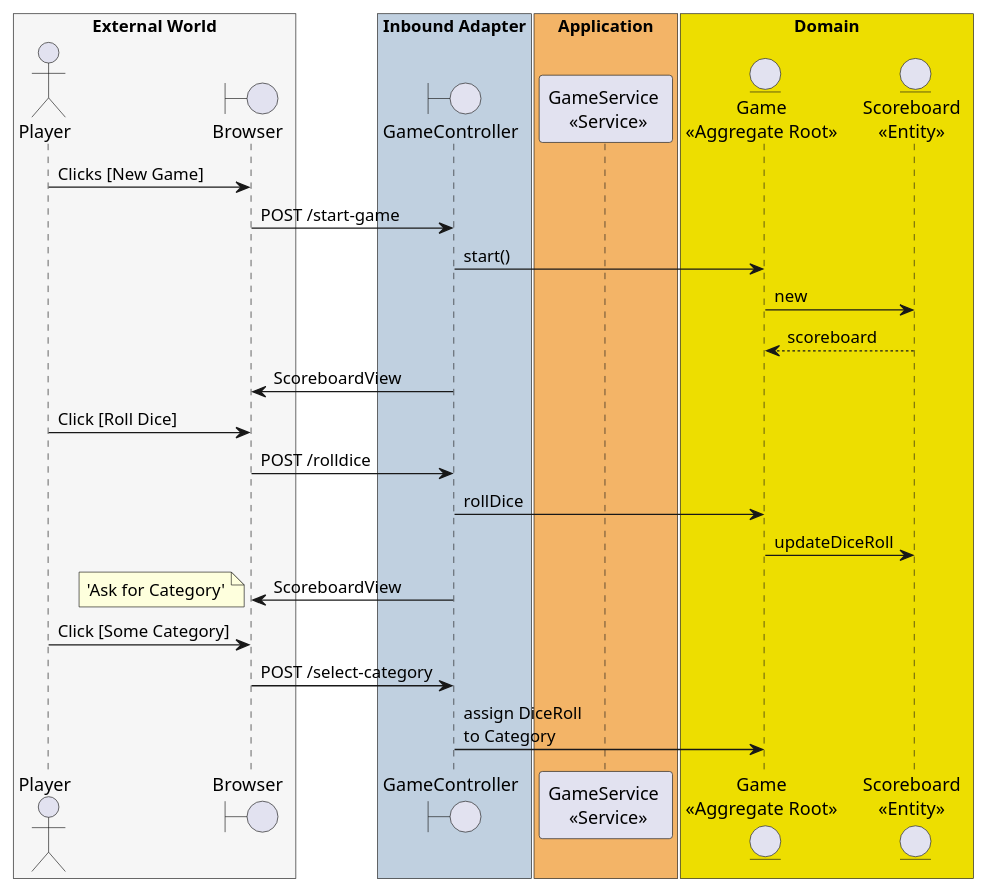
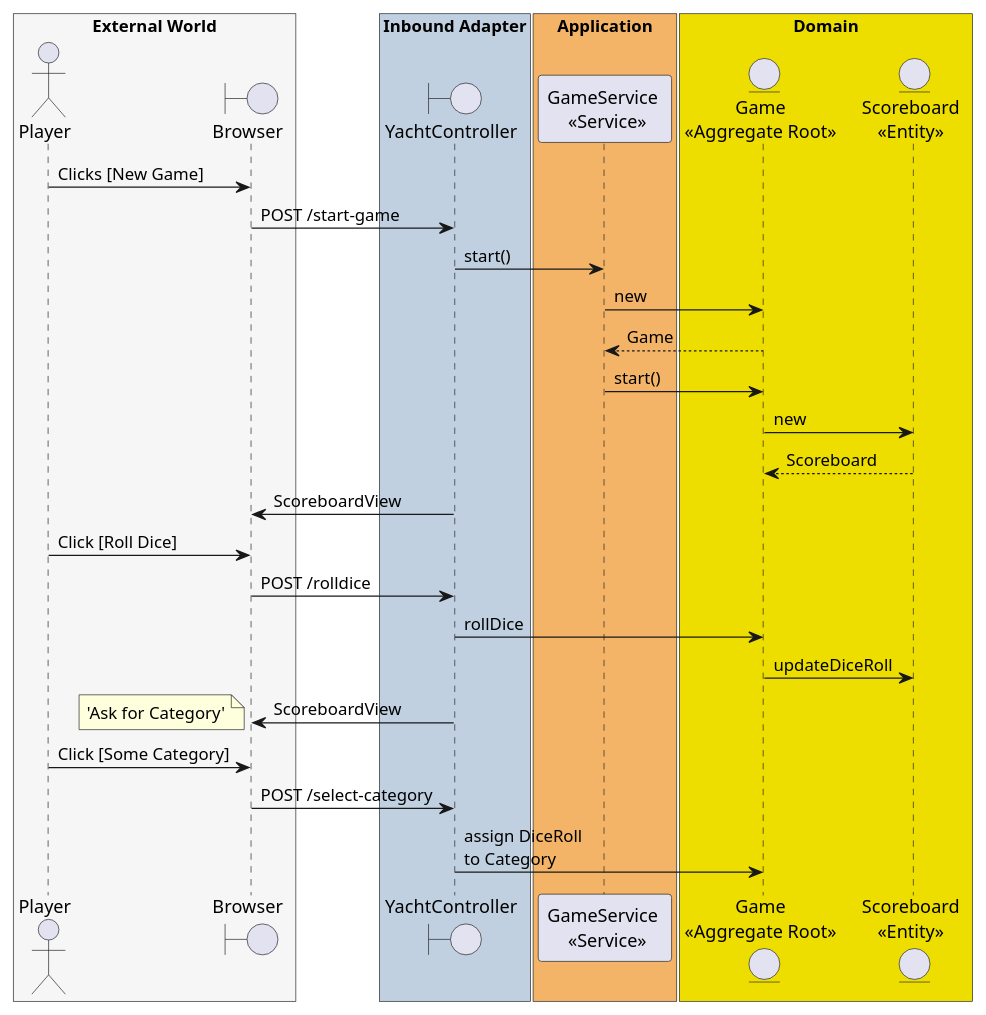
The diagram in GameFlow.plantuml (jitterted/yacht-tdd), drawn with PlantUML before and after one commit. The commit also changed 2 other files, not shown here.

Commit message:
R: VueController tests also use GameService instead of Game

```diff
--- a/GameFlow.plantuml
+++ b/GameFlow.plantuml
@@ -1,37 +1,40 @@
 @startuml
 
 box "External World" #f6f6f6
-    actor Player
-    boundary Browser
+    actor Player as player
+    boundary Browser as browser
 end box
 
 box "Inbound Adapter" #c0d0e0
-    boundary GameController
+    boundary YachtController as controller
 end box
 
 box "Application" #F3B467
     participant "GameService \n <<Service>>" as service
 end box
 
 box "Domain" #EDDE00
-    entity "Game\n<<Aggregate Root>>" as Game
-    entity "Scoreboard\n<<Entity>>" as Scoreboard
+    entity "Game\n<<Aggregate Root>>" as game
+    entity "Scoreboard\n<<Entity>>" as scoreboard
 end box
 
-Player -> Browser: Clicks [New Game]
-Browser -> GameController: POST /start-game
-GameController -> Game: start()
-Game -> Scoreboard: new
-Game <-- Scoreboard : scoreboard
-GameController -> Browser: ScoreboardView
-Player -> Browser: Click [Roll Dice]
-Browser -> GameController: POST /rolldice
-GameController -> Game: rollDice
-Game -> Scoreboard: updateDiceRoll
-GameController -> Browser: ScoreboardView
+player -> browser: Clicks [New Game]
+browser -> controller: POST /start-game
+controller -> service : start()
+service -> game : new
+game --> service : Game
+service -> game : start()
+game -> scoreboard: new
+game <-- scoreboard : Scoreboard
+controller -> browser: ScoreboardView
+player -> browser: Click [Roll Dice]
+browser -> controller: POST /rolldice
+controller -> game: rollDice
+game -> scoreboard: updateDiceRoll
+controller -> browser: ScoreboardView
 note left: 'Ask for Category'
-Player -> Browser: Click [Some Category]
-Browser -> GameController: POST /select-category
-GameController -> Game: assign DiceRoll\nto Category
+player -> browser: Click [Some Category]
+browser -> controller: POST /select-category
+controller -> game: assign DiceRoll\nto Category
 
 @enduml
```
